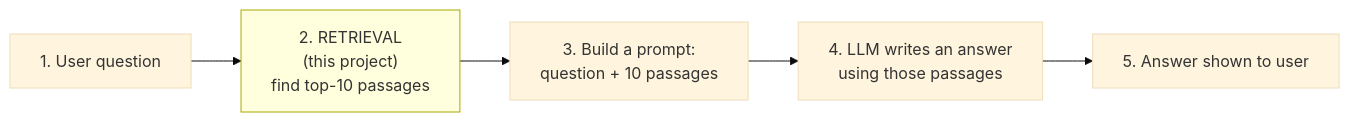
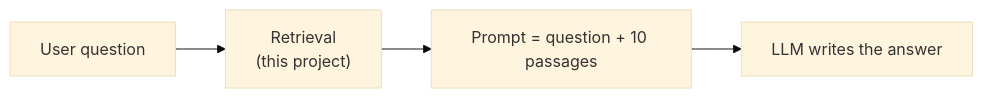
The second of 7 diagrams in docs/from_zero/01_the_problem_and_the_data.md (node31/fiqa-agentic-retrieval), drawn with Mermaid (base theme) before and after one commit. The commit also changed other lines of this file and 9 other files, not shown here.

````diff
--- a/docs/from_zero/01_the_problem_and_the_data.md
+++ b/docs/from_zero/01_the_problem_and_the_data.md
@@ -47,8 +33,6 @@
 ```mermaid
 flowchart LR
-    Q["1. User question"] --> R["2. RETRIEVAL<br/>(this project)<br/>find top-10 passages"]
-    R --> P["3. Build a prompt:<br/>question + 10 passages"]
-    P --> L["4. LLM writes an answer<br/>using those passages"]
-    L --> A["5. Answer shown to user"]
-    style R fill:#ffd,stroke:#aa0
+    Q["User question"] --> R["Retrieval<br/>(this project)"]
+    R --> P["Prompt = question + 10 passages"]
+    P --> L["LLM writes the answer"]
 ```
````
